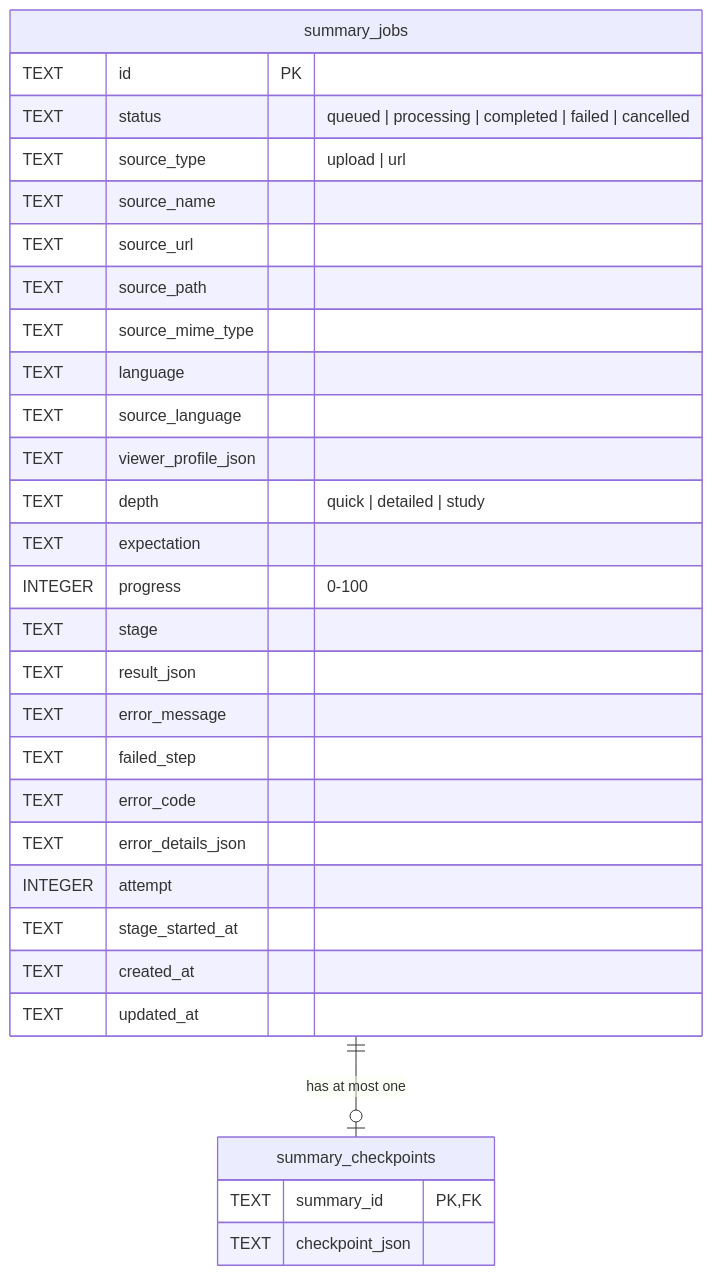
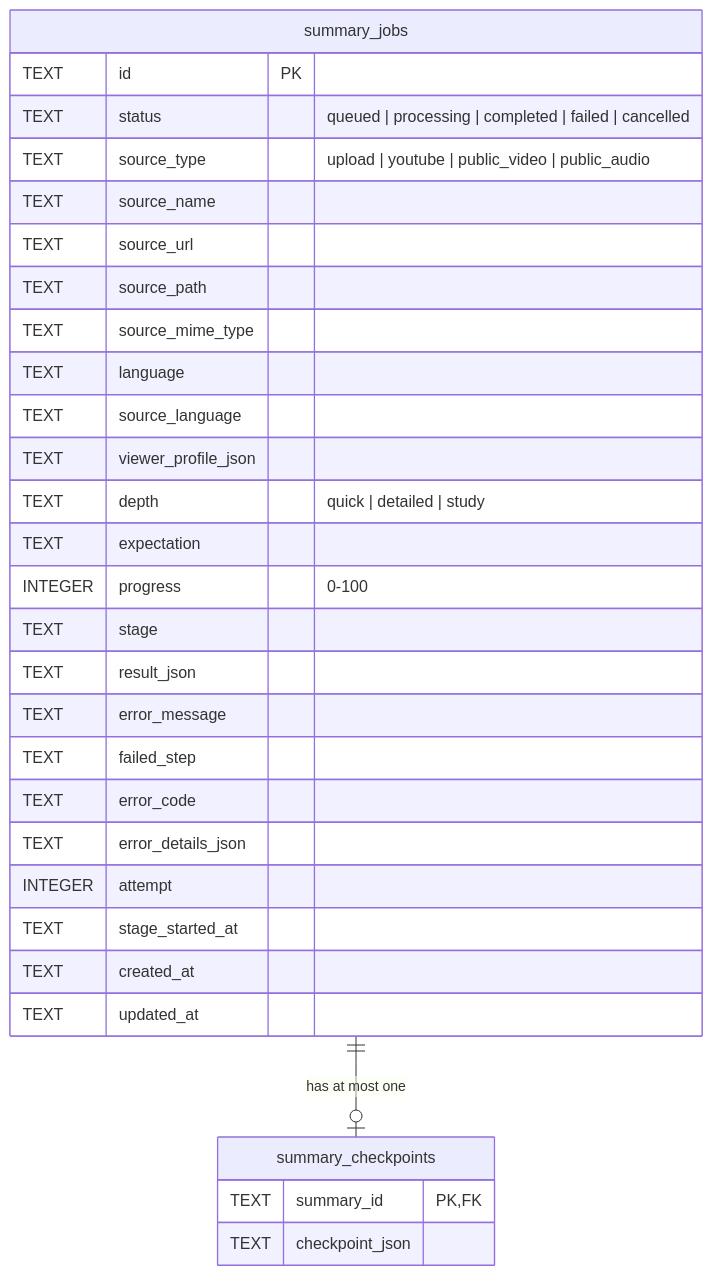
Before and after one commit to mahmoudalnkeeb/l5asly: the diagram in docs/architecture/persistence.md, drawn with Mermaid. The commit also changed other lines of this file and 22 other files, not shown here.

First line of the commit message:
feat: show the exact source type, name, and link for each summary

````diff
--- a/docs/architecture/persistence.md
+++ b/docs/architecture/persistence.md
@@ -15,33 +15,33 @@
 ```mermaid
 erDiagram
   summary_jobs ||--o| summary_checkpoints : "has at most one"
   summary_jobs {
     TEXT id PK
     TEXT status "queued | processing | completed | failed | cancelled"
-    TEXT source_type "upload | url"
+    TEXT source_type "upload | youtube | public_video | public_audio"
     TEXT source_name
     TEXT source_url
     TEXT source_path
     TEXT source_mime_type
     TEXT language
     TEXT source_language
     TEXT viewer_profile_json
     TEXT depth "quick | detailed | study"
     TEXT expectation
     INTEGER progress "0-100"
     TEXT stage
     TEXT result_json
     TEXT error_message
     TEXT failed_step
     TEXT error_code
     TEXT error_details_json
     INTEGER attempt
     TEXT stage_started_at
     TEXT created_at
     TEXT updated_at
   }
   summary_checkpoints {
     TEXT summary_id PK, FK
     TEXT checkpoint_json
   }
 ```
````
